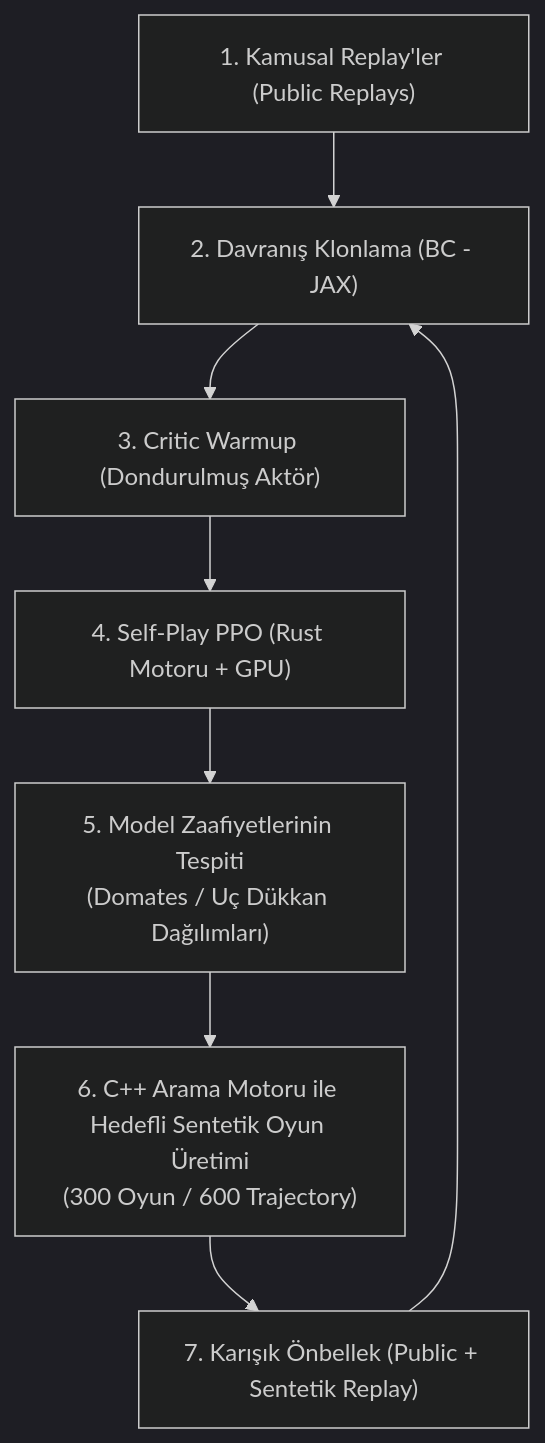
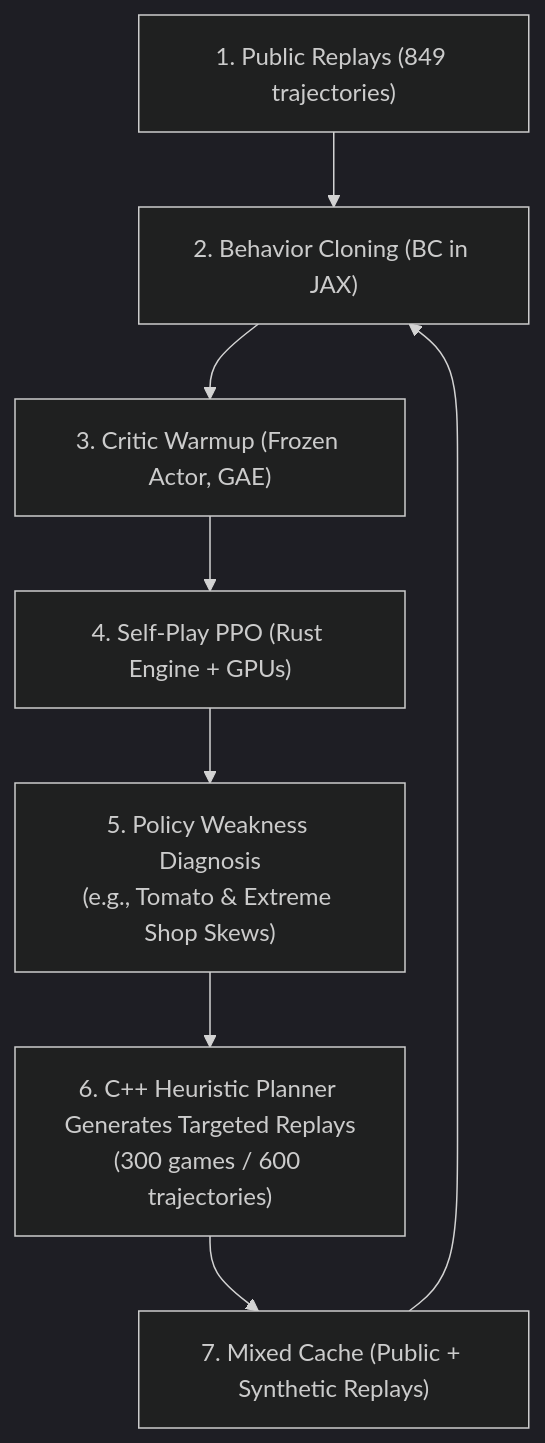
One commit to ergousha/kaggriculture changed the diagram in docs/lessons_learned_1st_place.md. Above: the diagram before and after it, drawn with Mermaid (dark theme). The commit also changed other lines of this file and 1 other file, not shown here.

````diff
--- a/docs/lessons_learned_1st_place.md
+++ b/docs/lessons_learned_1st_place.md
@@ -55,10 +55,10 @@
 ```mermaid
 flowchart TD
-    A["1. Kamusal Replay'ler (Public Replays)"] --> B["2. Davranış Klonlama (BC - JAX)"]
-    B --> C["3. Critic Warmup (Dondurulmuş Aktör)"]
-    C --> D["4. Self-Play PPO (Rust Motoru + GPU)"]
-    D --> E["5. Model Zaafiyetlerinin Tespiti\n(Domates / Uç Dükkan Dağılımları)"]
-    E --> F["6. C++ Arama Motoru ile Hedefli Sentetik Oyun Üretimi\n(300 Oyun / 600 Trajectory)"]
-    F --> G["7. Karışık Önbellek (Public + Sentetik Replay)"]
+    A["1. Public Replays (849 trajectories)"] --> B["2. Behavior Cloning (BC in JAX)"]
+    B --> C["3. Critic Warmup (Frozen Actor, GAE)"]
+    C --> D["4. Self-Play PPO (Rust Engine + GPUs)"]
+    D --> E["5. Policy Weakness Diagnosis\n(e.g., Tomato & Extreme Shop Skews)"]
+    E --> F["6. C++ Heuristic Planner Generates Targeted Replays\n(300 games / 600 trajectories)"]
+    F --> G["7. Mixed Cache (Public + Synthetic Replays)"]
     G --> B
 ```
````
